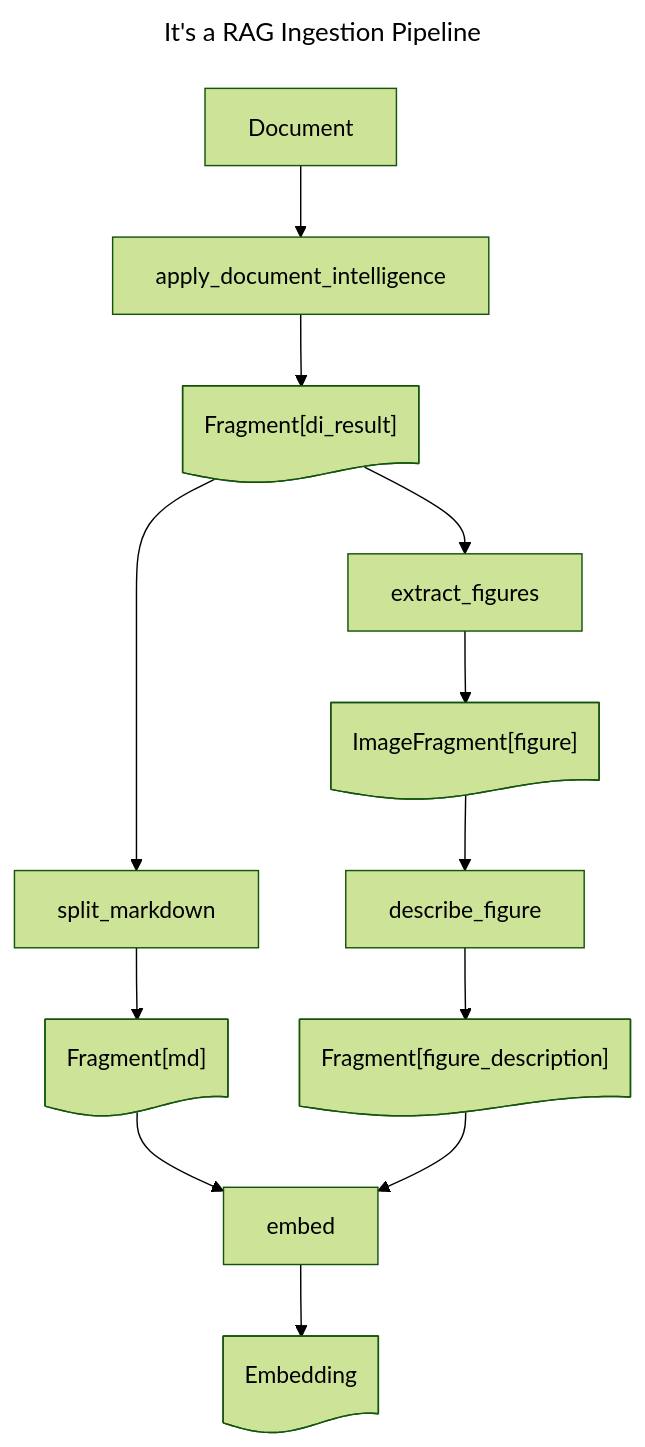
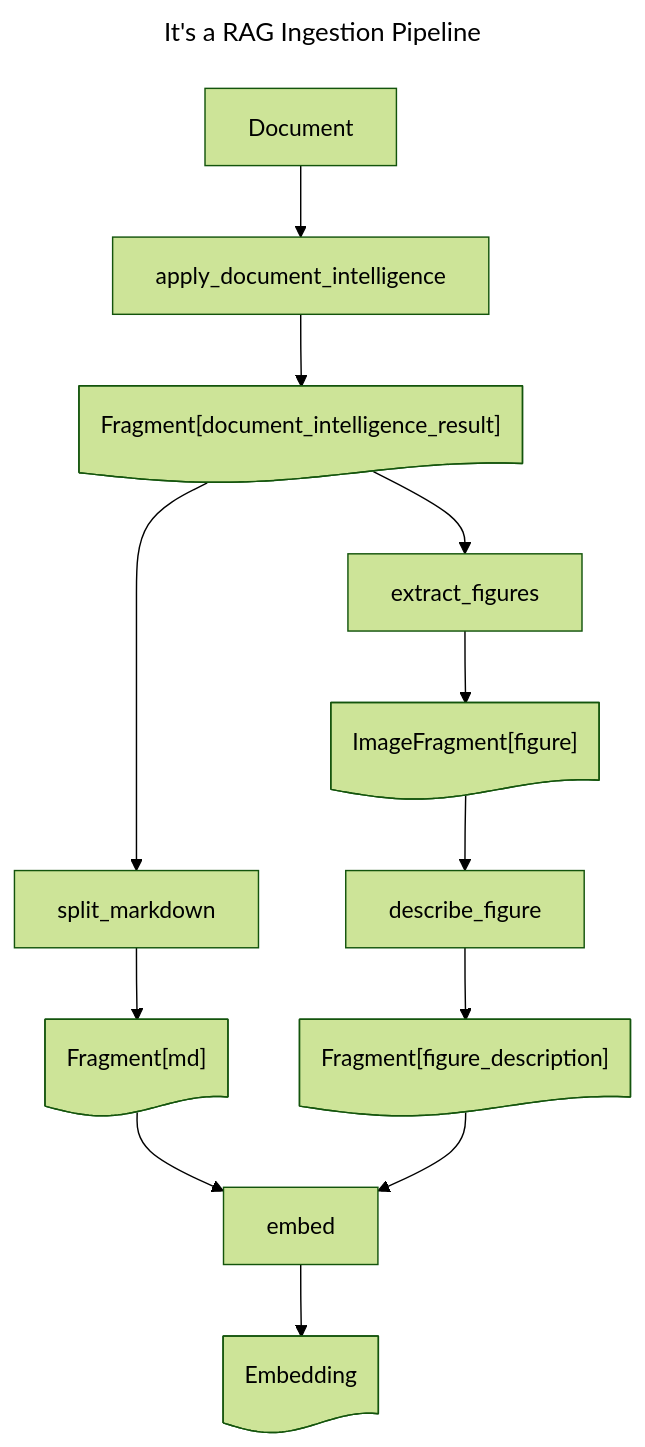
Before and after one commit to Azure-Samples/az-ai-catalyst: the diagram in examples/its_a_rag.md, drawn with Mermaid (forest theme). The commit also changed 7 other files, not shown here.

Commit message:
Implemented Document Intelligence step in It's a RAG

````diff
--- a/examples/its_a_rag.md
+++ b/examples/its_a_rag.md
@@ -1,28 +1,28 @@
 ```mermaid
 ---
 title: It's a RAG Ingestion Pipeline
 ---
 flowchart TD
+    ImageFragment_figure@{ shape: doc, label: "ImageFragment[figure]" }
+    Embedding@{ shape: doc, label: "Embedding" }
     Fragment_figure_description@{ shape: doc, label: "Fragment[figure_description]" }
-    Embedding@{ shape: doc, label: "Embedding" }
+    Fragment_document_intelligence_result@{ shape: doc, label: "Fragment[document_intelligence_result]" }
     Fragment_md@{ shape: doc, label: "Fragment[md]" }
-    ImageFragment_figure@{ shape: doc, label: "ImageFragment[figure]" }
-    Fragment_di_result@{ shape: doc, label: "Fragment[di_result]" }
     apply_document_intelligence@{ shape: rect, label: "apply_document_intelligence" }
-    apply_document_intelligence --> Fragment_di_result
+    apply_document_intelligence --> Fragment_document_intelligence_result
     Document --> apply_document_intelligence
     extract_figures@{ shape: rect, label: "extract_figures" }
     extract_figures --> ImageFragment_figure
-    Fragment_di_result --> extract_figures
+    Fragment_document_intelligence_result --> extract_figures
     describe_figure@{ shape: rect, label: "describe_figure" }
     describe_figure --> Fragment_figure_description
     ImageFragment_figure --> describe_figure
     split_markdown@{ shape: rect, label: "split_markdown" }
     split_markdown --> Fragment_md
-    Fragment_di_result --> split_markdown
+    Fragment_document_intelligence_result --> split_markdown
     embed@{ shape: rect, label: "embed" }
     embed --> Embedding
     Fragment_md --> embed
     Fragment_figure_description --> embed
 
 ```
````
